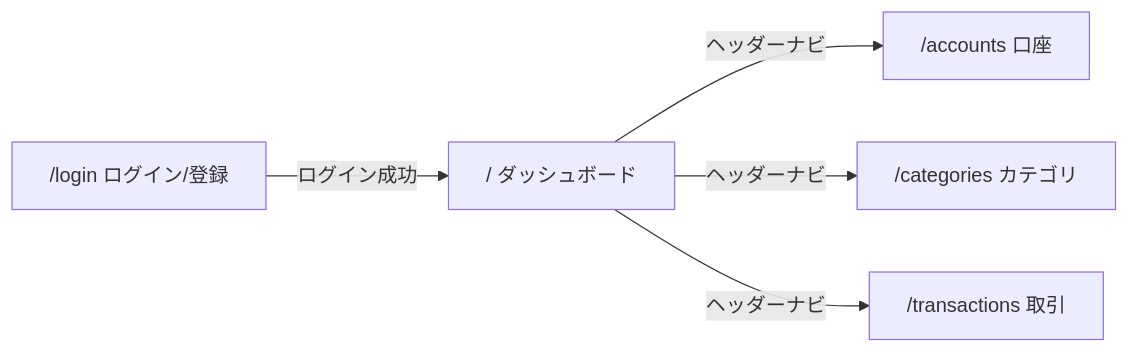
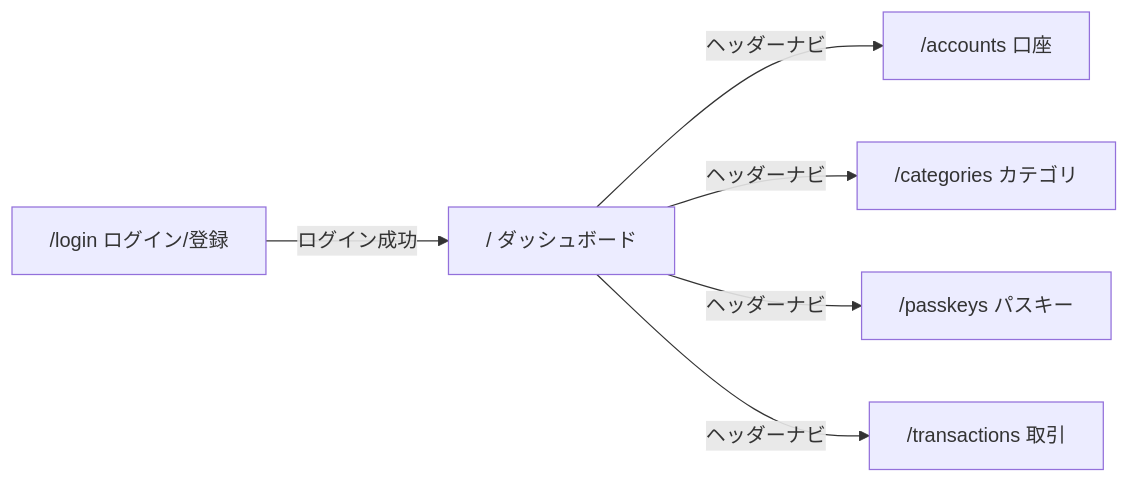
Before and after one commit to root-admin-jp/kakeibo-docs: the diagram in screens/screen-definition.md, drawn with Mermaid. The commit also changed other lines of this file and 4 other files, not shown here.

````diff
--- a/screens/screen-definition.md
+++ b/screens/screen-definition.md
@@ -17,7 +18,8 @@
 ```mermaid
 flowchart LR
     login["/login ログイン/登録"] -->|ログイン成功| index["/ ダッシュボード"]
     index -->|ヘッダーナビ| accounts["/accounts 口座"]
     index -->|ヘッダーナビ| categories["/categories カテゴリ"]
+    index -->|ヘッダーナビ| passkeys["/passkeys パスキー"]
     index -->|ヘッダーナビ| transactions["/transactions 取引"]
 ```
````
